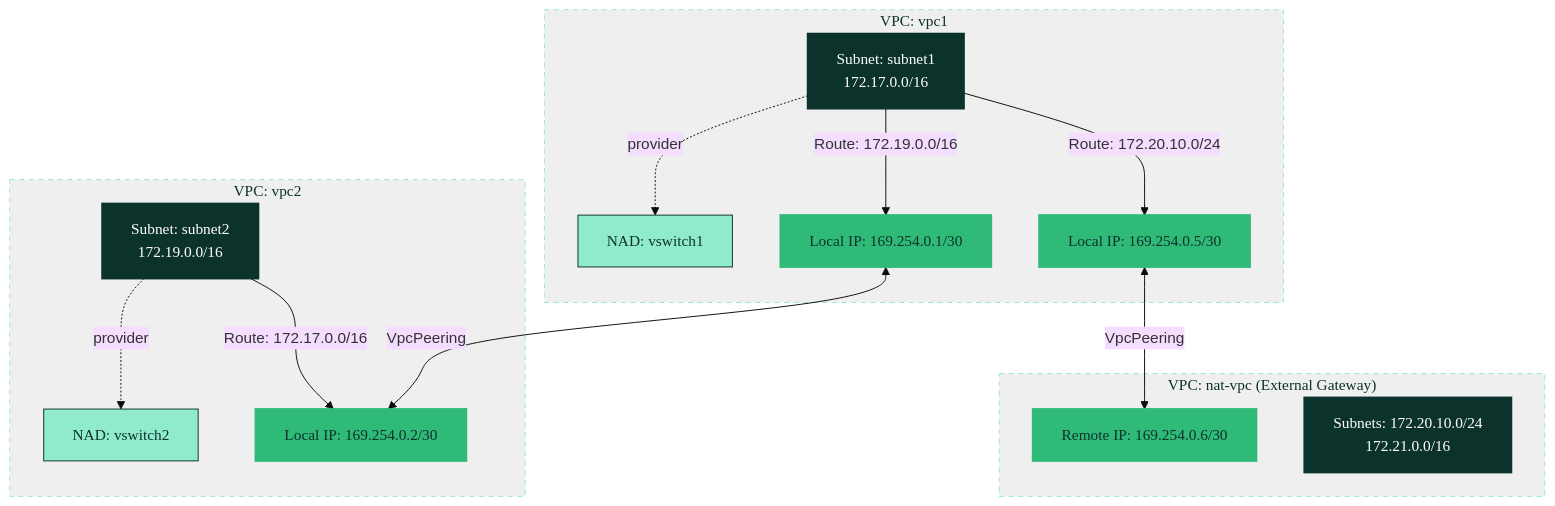
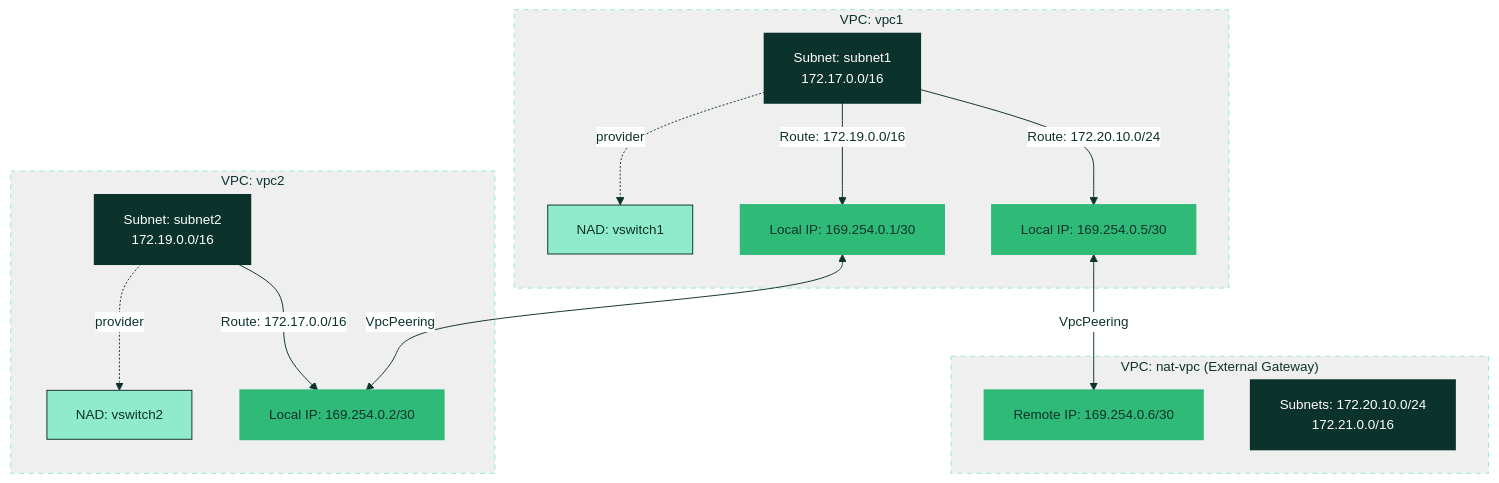
Before and after one commit to fultux/harvester-kube-ovn-examples: the diagram in vpc-peering/architecture.mmd, drawn with Mermaid. The commit also changed 6 other files, not shown here.

Commit message:
update diagram

```diff
--- a/vpc-peering/architecture.mmd
+++ b/vpc-peering/architecture.mmd
@@ -1,41 +1,60 @@
-%%{init: { 'theme': 'base', 'themeVariables': { 'fontFamily': 'SUSE, sans-serif' } } }%%
+%%{init: {
+  'theme': 'base',
+  'themeVariables': {
+    'fontFamily': 'SUSE, sans-serif',
+    'fontSize': '14px',
+    'primaryColor': '#30ba78',
+    'primaryTextColor': '#0c322c',
+    'primaryBorderColor': '#30ba78',
+    'lineColor': '#0c322c',
+    'secondaryColor': '#0c322c',
+    'tertiaryColor': '#90ebcd',
+    'mainBkg': '#ffffff',
+    'nodeBorder': '#0c322c',
+    'clusterBkg': '#efefef',
+    'clusterBorder': '#90ebcd',
+    'titleColor': '#0c322c',
+    'edgeLabelBackground':'#ffffff'
+  }
+} }%%
 flowchart TD
-    classDef pine fill:#0c322c,stroke:#0c322c,color:#ffffff,stroke-width:2px,font-family:'SUSE';
-    classDef jungle fill:#30ba78,stroke:#30ba78,color:#0c322c,stroke-width:2px,font-family:'SUSE';
-    classDef mint fill:#90ebcd,stroke:#0c322c,color:#0c322c,stroke-width:1px,font-family:'SUSE';
-    classDef fog fill:#efefef,stroke:#90ebcd,color:#0c322c,stroke-dasharray: 5 5,font-family:'SUSE';
+    classDef pine fill:#0c322c,stroke:#0c322c,color:#ffffff,stroke-width:2px;
+    classDef jungle fill:#30ba78,stroke:#30ba78,color:#0c322c,stroke-width:2px;
+    classDef mint fill:#90ebcd,stroke:#0c322c,color:#0c322c,stroke-width:1px;
+    classDef fog fill:#efefef,stroke:#90ebcd,color:#0c322c,stroke-dasharray: 5 5;
+    classDef orange fill:#fe7c3f,stroke:#fe7c3f,color:#0c322c,stroke-width:2px;
 
     subgraph VPC1_Cluster ["VPC: vpc1"]
         net1[Subnet: subnet1\n172.17.0.0/16]:::pine
         nad1[NAD: vswitch1]:::mint
         
         peer1[Local IP: 169.254.0.1/30]:::jungle
         peerNat[Local IP: 169.254.0.5/30]:::jungle
     end
 
     subgraph VPC2_Cluster ["VPC: vpc2"]
         net2[Subnet: subnet2\n172.19.0.0/16]:::pine
         nad2[NAD: vswitch2]:::mint
         
         peer2[Local IP: 169.254.0.2/30]:::jungle
     end
 
     subgraph External_Cluster ["VPC: nat-vpc (External Gateway)"]
         peerExt[Remote IP: 169.254.0.6/30]:::jungle
         netNat[Subnets: 172.20.10.0/24\n172.21.0.0/16]:::pine
     end
 
     %% Networking Attachments
     net1 -. provider .-> nad1
     net2 -. provider .-> nad2
 
     %% Peerings
     peer1 <-->|VpcPeering| peer2
     peerNat <-->|VpcPeering| peerExt
 
     %% Static Routes
     net1 -->|Route: 172.19.0.0/16| peer1
     net2 -->|Route: 172.17.0.0/16| peer2
     net1 -->|Route: 172.20.10.0/24| peerNat
     
     class VPC1_Cluster,VPC2_Cluster,External_Cluster fog;
```
